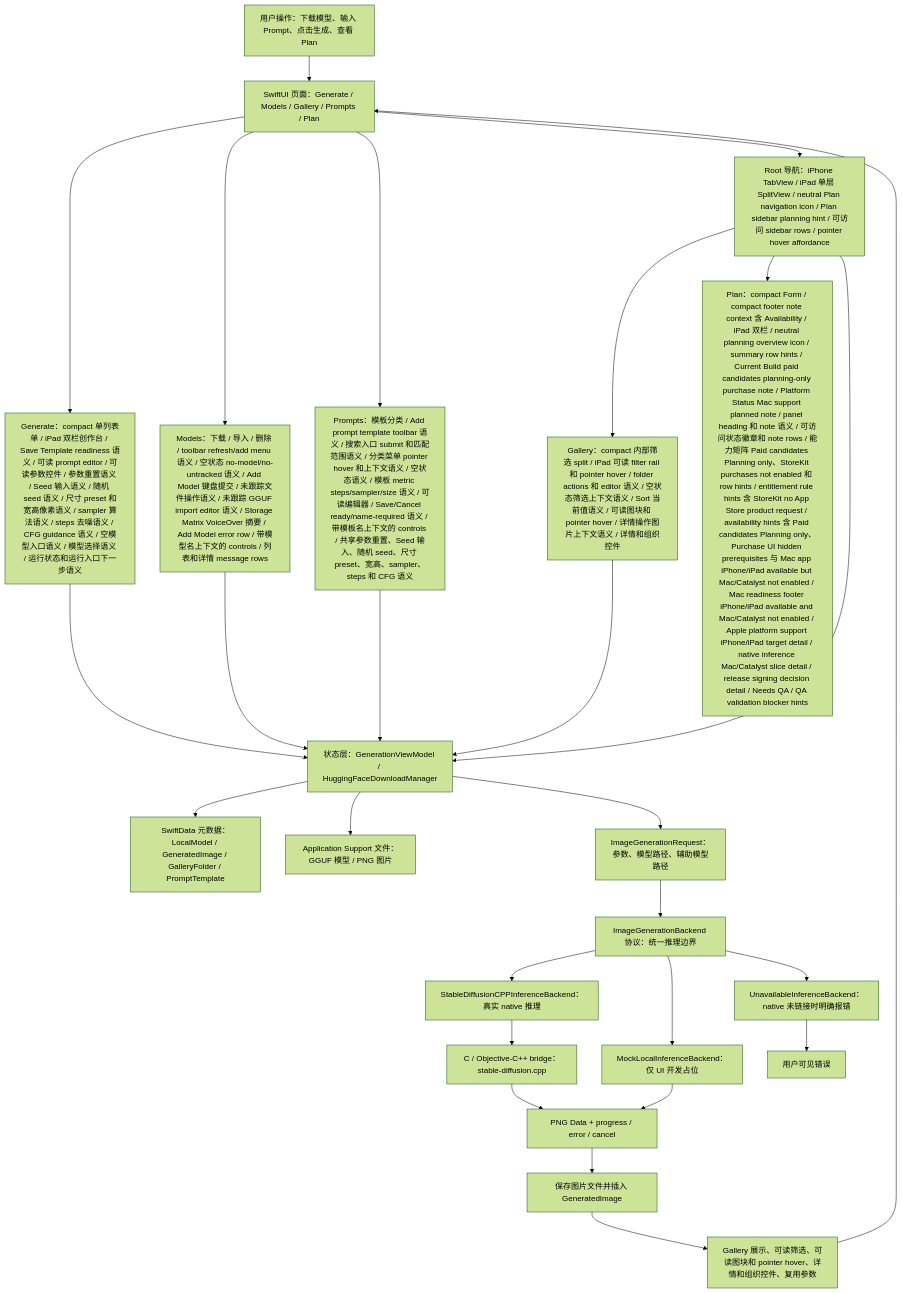
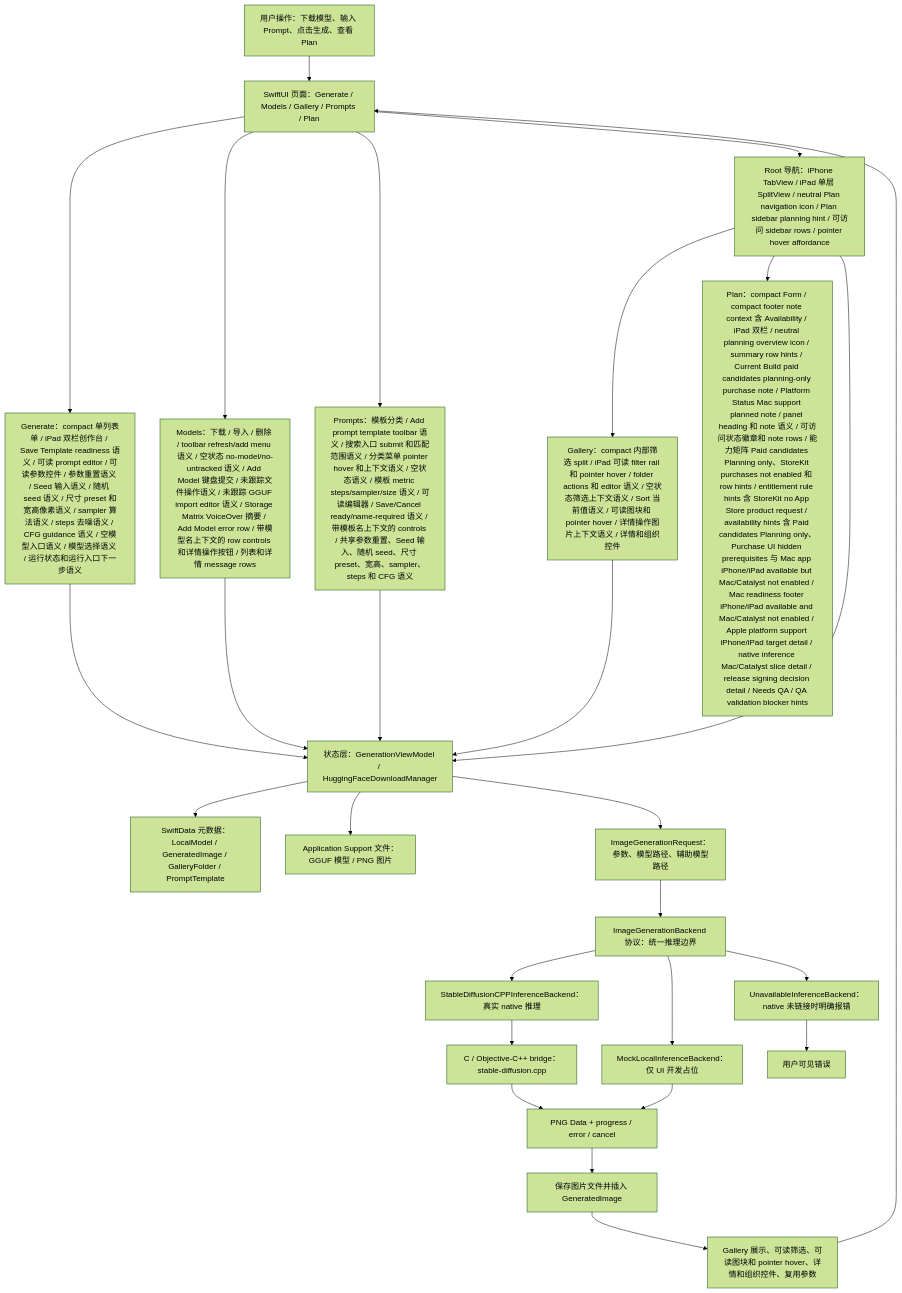
The first of 7 diagrams in md/flow/flowchart.md (Altman-sam114/118), drawn with Mermaid (forest theme) before and after one commit. The commit also changed 5 other files, not shown here.

````diff
--- a/md/flow/flowchart.md
+++ b/md/flow/flowchart.md
@@ -9,29 +9,29 @@
 ```mermaid
 flowchart TD
   U["用户操作：下载模型、输入 Prompt、点击生成、查看 Plan"] --> UI["SwiftUI 页面：Generate / Models / Gallery / Prompts / Plan"]
   UI --> GENUI["Generate：compact 单列表单 / iPad 双栏创作台 / Save Template readiness 语义 / 可读 prompt editor / 可读参数控件 / 参数重置语义 / Seed 输入语义 / 随机 seed 语义 / 尺寸 preset 和宽高像素语义 / sampler 算法语义 / steps 去噪语义 / CFG guidance 语义 / 空模型入口语义 / 模型选择语义 / 运行状态和运行入口下一步语义"]
-  UI --> MODELUI["Models：下载 / 导入 / 删除 / toolbar refresh/add menu 语义 / 空状态 no-model/no-untracked 语义 / Add Model 键盘提交 / 未跟踪文件操作语义 / 未跟踪 GGUF import editor 语义 / Storage Matrix VoiceOver 摘要 / Add Model error row / 带模型名上下文的 controls / 列表和详情 message rows"]
+  UI --> MODELUI["Models：下载 / 导入 / 删除 / toolbar refresh/add menu 语义 / 空状态 no-model/no-untracked 语义 / Add Model 键盘提交 / 未跟踪文件操作语义 / 未跟踪 GGUF import editor 语义 / Storage Matrix VoiceOver 摘要 / Add Model error row / 带模型名上下文的 row controls 和详情操作按钮 / 列表和详情 message rows"]
   UI --> PROMPTUI["Prompts：模板分类 / Add prompt template toolbar 语义 / 搜索入口 submit 和匹配范围语义 / 分类菜单 pointer hover 和上下文语义 / 空状态语义 / 模板 metric steps/sampler/size 语义 / 可读编辑器 / Save/Cancel ready/name-required 语义 / 带模板名上下文的 controls / 共享参数重置、Seed 输入、随机 seed、尺寸 preset、宽高、sampler、steps 和 CFG 语义"]
   UI --> NAV["Root 导航：iPhone TabView / iPad 单层 SplitView / neutral Plan navigation icon / Plan sidebar planning hint / 可访问 sidebar rows / pointer hover affordance"]
   NAV --> GALUI["Gallery：compact 内部筛选 split / iPad 可读 filter rail 和 pointer hover / folder actions 和 editor 语义 / 空状态筛选上下文语义 / Sort 当前值语义 / 可读图块和 pointer hover / 详情操作图片上下文语义 / 详情和组织控件"]
   NAV --> PLANUI["Plan：compact Form / compact footer note context 含 Availability / iPad 双栏 / neutral planning overview icon / summary row hints / Current Build paid candidates planning-only purchase note / Platform Status Mac support planned note / panel heading 和 note 语义 / 可访问状态徽章和 note rows / 能力矩阵 Paid candidates Planning only、StoreKit purchases not enabled 和 row hints / entitlement rule hints 含 StoreKit no App Store product request / availability hints 含 Paid candidates Planning only、Purchase UI hidden prerequisites 与 Mac app iPhone/iPad available but Mac/Catalyst not enabled / Mac readiness footer iPhone/iPad available and Mac/Catalyst not enabled / Apple platform support iPhone/iPad target detail / native inference Mac/Catalyst slice detail / release signing decision detail / Needs QA / QA validation blocker hints"]
   NAV --> VM["状态层：GenerationViewModel / HuggingFaceDownloadManager"]
   GENUI --> VM
   MODELUI --> VM
   PROMPTUI --> VM
   GALUI --> VM
   VM --> SD["SwiftData 元数据：LocalModel / GeneratedImage / GalleryFolder / PromptTemplate"]
   VM --> FS["Application Support 文件：GGUF 模型 / PNG 图片"]
   VM --> REQ["ImageGenerationRequest：参数、模型路径、辅助模型路径"]
   REQ --> IFACE["ImageGenerationBackend 协议：统一推理边界"]
   IFACE --> NATIVE["StableDiffusionCPPInferenceBackend：真实 native 推理"]
   IFACE --> MOCK["MockLocalInferenceBackend：仅 UI 开发占位"]
   IFACE --> OFF["UnavailableInferenceBackend：native 未链接时明确报错"]
   NATIVE --> BRIDGE["C / Objective-C++ bridge：stable-diffusion.cpp"]
   BRIDGE --> PNG["PNG Data + progress / error / cancel"]
   MOCK --> PNG
   OFF --> ERR["用户可见错误"]
   PNG --> SAVE["保存图片文件并插入 GeneratedImage"]
   SAVE --> GALLERY["Gallery 展示、可读筛选、可读图块和 pointer hover、详情和组织控件、复用参数"]
   GALLERY --> UI
 ```
````
